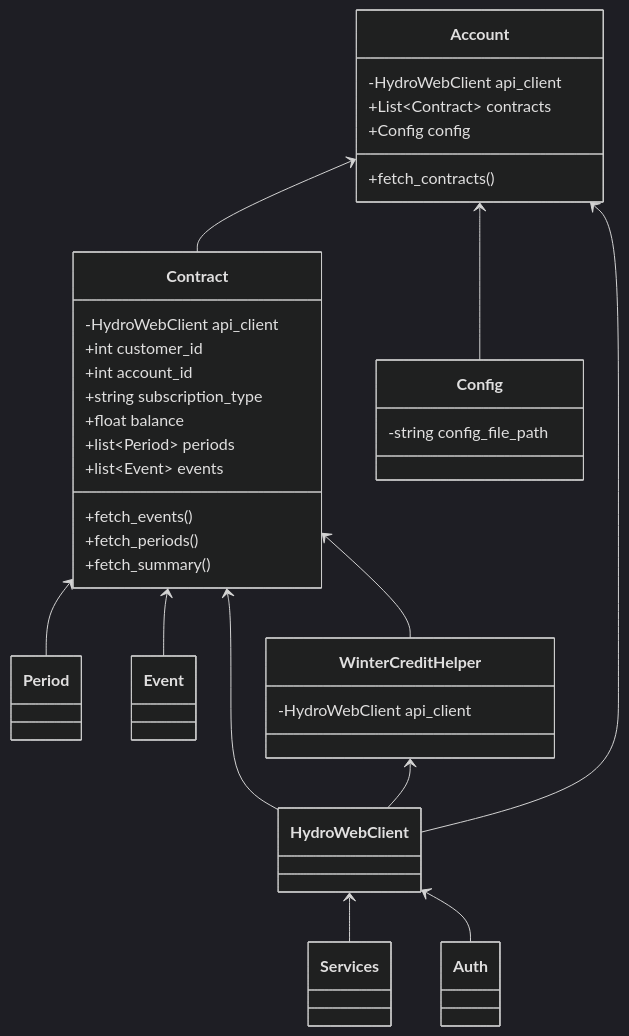
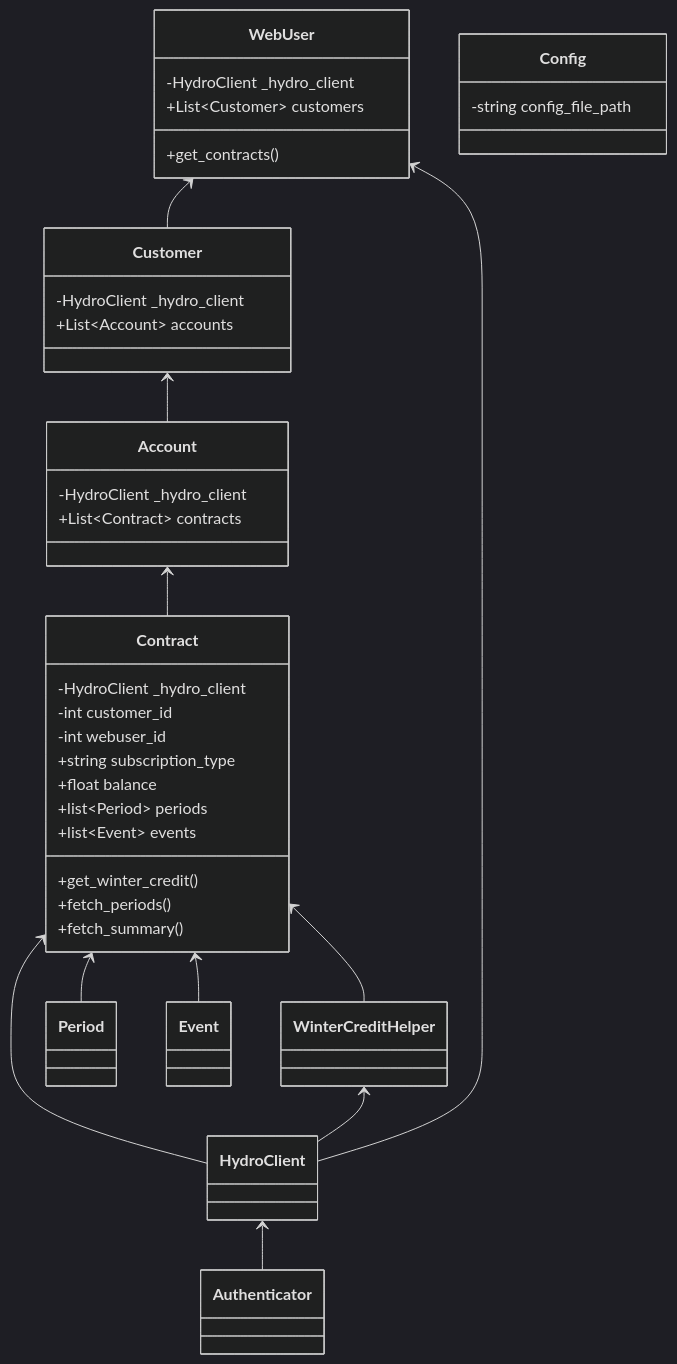
One commit to baylanger/hydroqc changed the diagram in README.md. Above: the diagram before and after it, drawn with Mermaid (dark theme). The commit also changed other lines of this file and 23 other files, not shown here.

````diff
--- a/README.md
+++ b/README.md
@@ -89,53 +98,64 @@
 ```mermaid
 classDiagram
+    WebUser <-- Customer
+    WebUser <-- HydroClient
+
+    Customer <-- Account
+
     Account <-- Contract
-    Account <-- Config
-    Account <-- HydroWebClient
 
+    Contract <-- HydroClient
     Contract <-- Period
     Contract <-- Event
-    Contract <-- HydroWebClient
     Contract <-- WinterCreditHelper
 
-    WinterCreditHelper <-- HydroWebClient
+    WinterCreditHelper <-- HydroClient
 
-    HydroWebClient <-- Services
-    HydroWebClient <-- Auth
 
-    class HydroWebClient{
+    HydroClient <-- Authenticator
+
+    class HydroClient{
 
     }
-    class WinterCreditHelper{   
-        -HydroWebClient api_client
+    class WinterCreditHelper{
+    }
+    
+    class WebUser{
+        -HydroClient _hydro_client
+        +List~Customer~ customers
+        +get_contracts()
     }
 
-    class Account{ 
-        -HydroWebClient api_client
+    class Customer{
+        -HydroClient _hydro_client
+        +List~Account~ accounts
+    }
+
+    class Account{
+        -HydroClient _hydro_client
         +List~Contract~ contracts
-        +Config config
-        +fetch_contracts()
     }
 
     class Config{
         -string config_file_path
     }
 
     class Contract{
-        -HydroWebClient api_client
-        +int customer_id
-        +int account_id
+        -HydroClient _hydro_client
+        -int customer_id
+        -int webuser_id
         +string subscription_type
         +float balance
         +list~Period~ periods
         +list~Event~ events
-        +fetch_events()
+        +get_winter_credit()
         +fetch_periods()
         +fetch_summary()
     }
 
     class Period{
     }
 
     class Event{
     }
 ```
````
